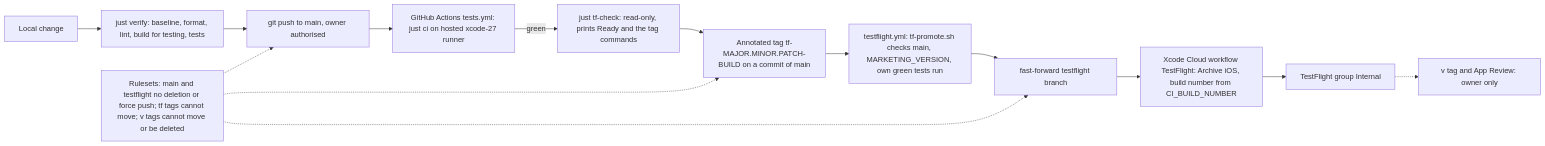
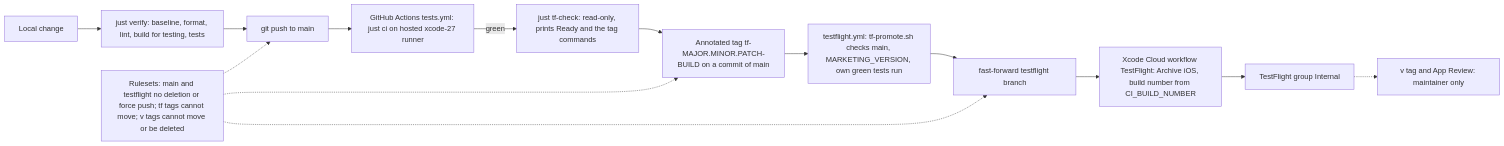
Before and after one commit to vil4max/pitstop-ios: the ninth of 9 diagrams in docs/engineering/system-overview.md, drawn with Mermaid. The commit also changed other lines of this file and 76 other files, not shown here.

First line of the commit message:
docs: rewrite project documents as product and architecture facts

````diff
--- a/docs/engineering/system-overview.md
+++ b/docs/engineering/system-overview.md
@@ -759,22 +759,22 @@
 ```mermaid
 flowchart LR
     dev["Local change"]
     verify["just verify: baseline, format, lint, build for testing, tests"]
-    push["git push to main, owner authorised"]
+    push["git push to main"]
     tests["GitHub Actions tests.yml: just ci on hosted xcode-27 runner"]
     check["just tf-check: read-only, prints Ready and the tag commands"]
     tag["Annotated tag tf-MAJOR.MINOR.PATCH-BUILD on a commit of main"]
     promote["testflight.yml: tf-promote.sh checks main, MARKETING_VERSION, own green tests run"]
     branch["fast-forward testflight branch"]
     xcc["Xcode Cloud workflow TestFlight: Archive iOS, build number from CI_BUILD_NUMBER"]
     tfg["TestFlight group Internal"]
-    vtag["v tag and App Review: owner only"]
+    vtag["v tag and App Review: maintainer only"]
     rules["Rulesets: main and testflight no deletion or force push; tf tags cannot move; v tags cannot move or be deleted"]
 
     dev --> verify --> push --> tests
     tests -- green --> check --> tag --> promote --> branch --> xcc --> tfg
     tfg -.-> vtag
     rules -.-> push
     rules -.-> tag
     rules -.-> branch
 ```
````
